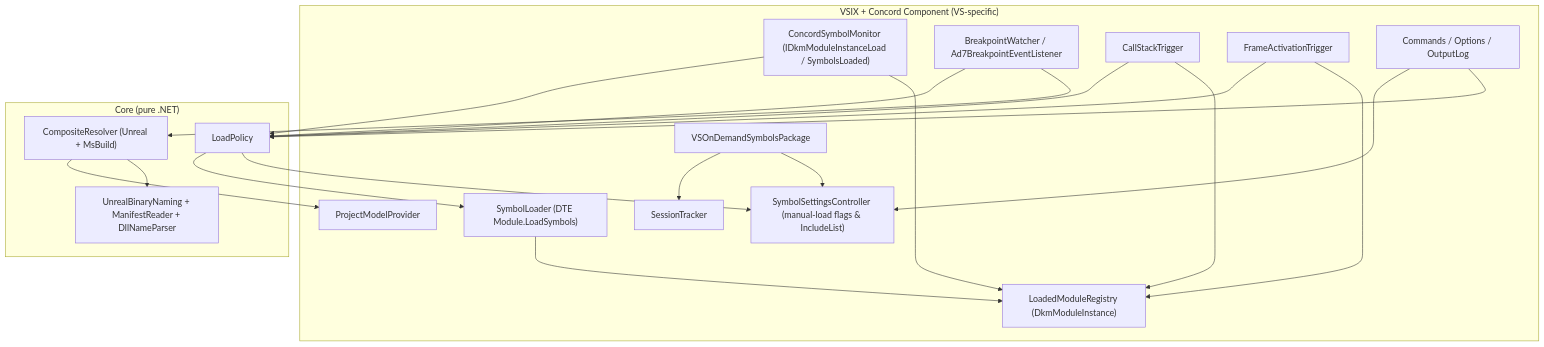
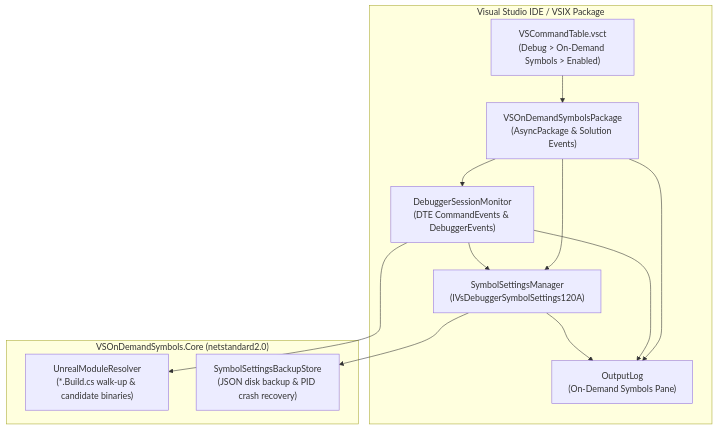
Before and after one commit to mattshepcar/VSOnDemandSymbols: the first of 4 diagrams in docs/ARCHITECTURE.md, drawn with Mermaid. The commit also changed other lines of this file and 18 other files, not shown here.

````diff
--- a/docs/ARCHITECTURE.md
+++ b/docs/ARCHITECTURE.md
@@ -37,38 +51,27 @@
 ```mermaid
 flowchart TD
-    subgraph VSIX["VSIX + Concord Component (VS-specific)"]
-        PKG["VSOnDemandSymbolsPackage"]
-        SSC["SymbolSettingsController (manual-load flags & IncludeList)"]
-        CSM["ConcordSymbolMonitor (IDkmModuleInstanceLoad / SymbolsLoaded)"]
-        ST["SessionTracker"]
-        MR["LoadedModuleRegistry (DkmModuleInstance)"]
-        SL["SymbolLoader (DTE Module.LoadSymbols)"]
-        BW["BreakpointWatcher / Ad7BreakpointEventListener"]
-        CST["CallStackTrigger"]
-        FAT["FrameActivationTrigger"]
-        PMP["ProjectModelProvider"]
-        UI["Commands / Options / OutputLog"]
+    subgraph VS_IDE["Visual Studio IDE / VSIX Package"]
+        PKG["VSOnDemandSymbolsPackage<br/>(AsyncPackage & Solution Events)"]
+        VSCT["VSCommandTable.vsct<br/>(Debug > On-Demand Symbols > Enabled)"]
+        SSM["SymbolSettingsManager<br/>(IVsDebuggerSymbolSettings120A)"]
+        DSM["DebuggerSessionMonitor<br/>(DTE CommandEvents & DebuggerEvents)"]
+        OUT["OutputLog<br/>(On-Demand Symbols Pane)"]
     end
-    subgraph CORE["Core (pure .NET)"]
-        RES["CompositeResolver (Unreal + MsBuild)"]
-        NAM["UnrealBinaryNaming + ManifestReader + DllNameParser"]
-        POL["LoadPolicy"]
+
+    subgraph CORE_LIB["VSOnDemandSymbols.Core (netstandard2.0)"]
+        UMR["UnrealModuleResolver<br/>(*.Build.cs walk-up & candidate binaries)"]
+        STORE["SymbolSettingsBackupStore<br/>(JSON disk backup & PID crash recovery)"]
     end
-    PKG --> SSC
-    PKG --> ST
-    CSM --> MR
-    CSM --> POL
-    BW --> RES
-    BW --> POL
-    POL --> SSC
-    CST --> MR
-    FAT --> MR
-    CST --> POL
-    FAT --> POL
-    POL --> SL
-    SL --> MR
-    RES --> NAM
-    RES --> PMP
-    UI --> POL
-    UI --> SSC
+
+    PKG --> SSM
+    PKG --> DSM
+    PKG --> OUT
+    VSCT --> PKG
+
+    DSM --> UMR
+    DSM --> SSM
+    DSM --> OUT
+
+    SSM --> STORE
+    SSM --> OUT
 ```
````
